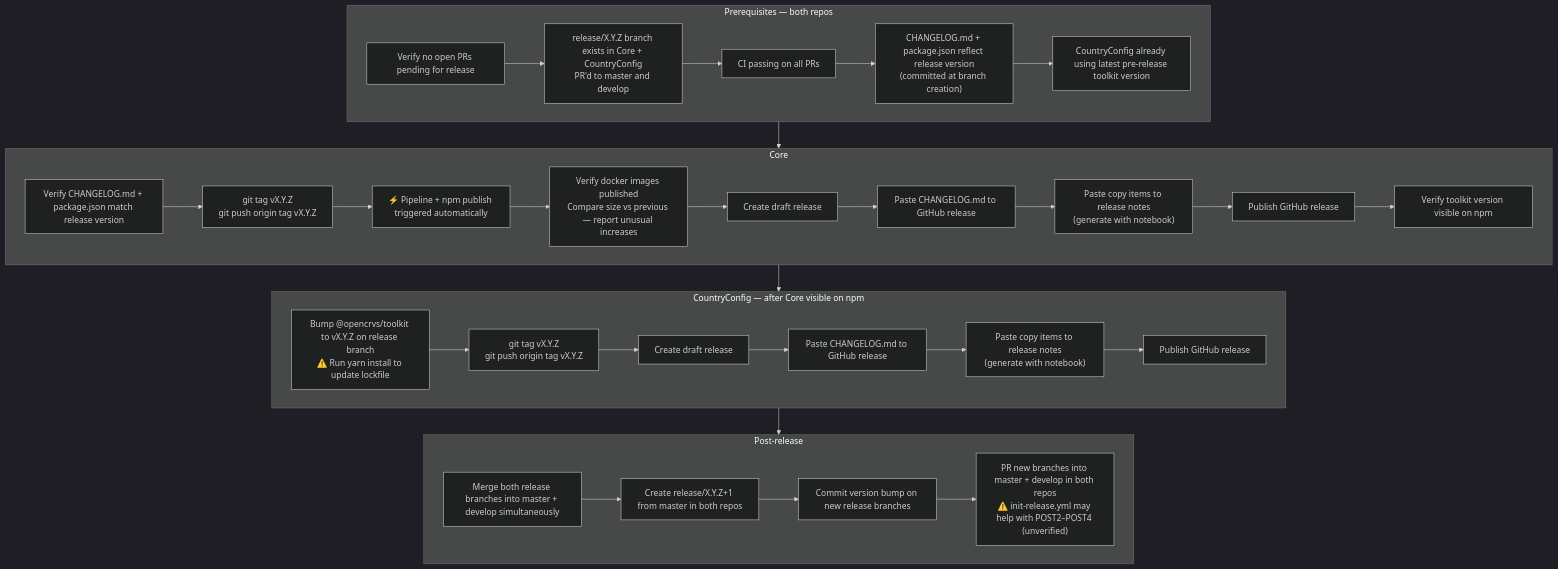
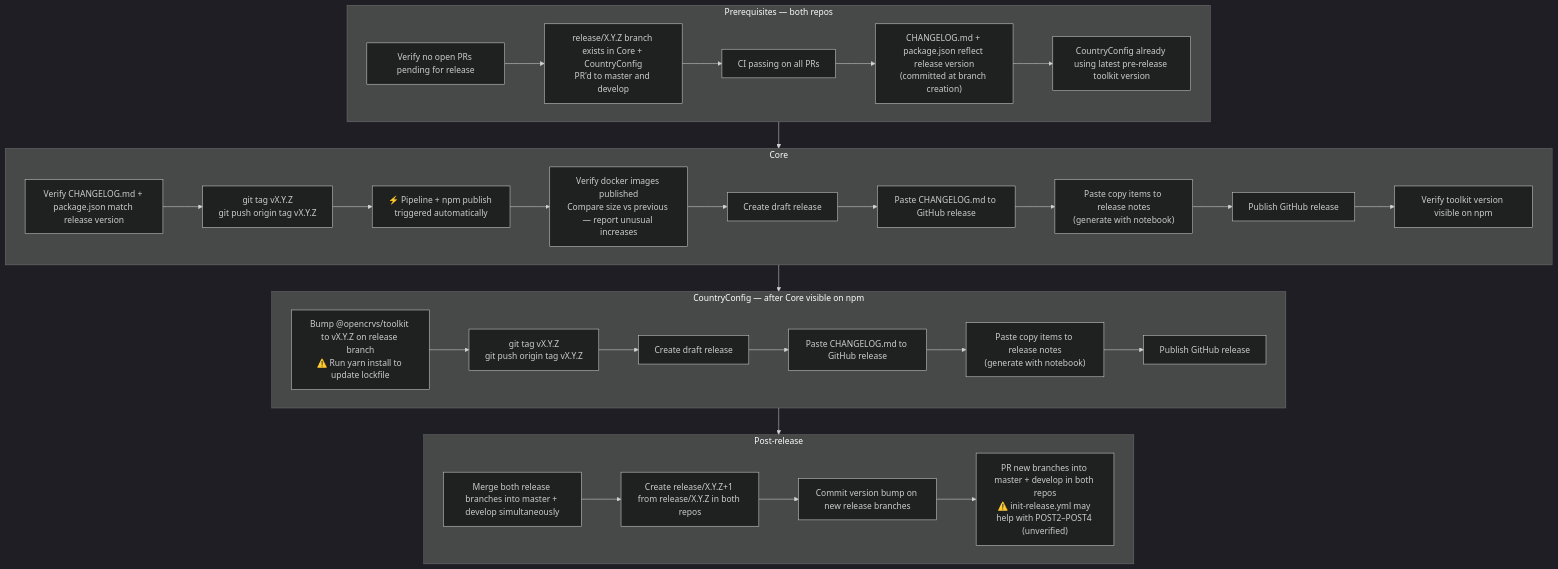
The diagram in release-steps.md (opencrvs/opencrvs-core), drawn with Mermaid (dark theme) before and after one commit.

Commit message:
docs: create new release branch from the previous one

````diff
--- a/release-steps.md
+++ b/release-steps.md
@@ -3,46 +3,46 @@
 ```mermaid
 flowchart TD
     subgraph PRE["Prerequisites — both repos"]
         P1[Verify no open PRs pending for release]
         P2["release/X.Y.Z branch exists in Core + CountryConfig\nPR'd to master and develop"]
         P3[CI passing on all PRs]
         P4["CHANGELOG.md + package.json reflect release version\n(committed at branch creation)"]
         P5[CountryConfig already using latest pre-release toolkit version]
         P1 --> P2 --> P3 --> P4 --> P5
     end
 
     subgraph CORE["Core"]
         C1["Verify CHANGELOG.md + package.json match release version"]
         C2["git tag vX.Y.Z\ngit push origin tag vX.Y.Z"]
         C3["⚡ Pipeline + npm publish triggered automatically"]
         C4["Verify docker images published\nCompare size vs previous — report unusual increases"]
         C5[Create draft release]
         C6[Paste CHANGELOG.md to GitHub release]
         C7["Paste copy items to release notes\n(generate with notebook)"]
         C8[Publish GitHub release]
         C9[Verify toolkit version visible on npm]
         C1 --> C2 --> C3 --> C4 --> C5 --> C6 --> C7 --> C8 --> C9
     end
 
     subgraph CC["CountryConfig — after Core visible on npm"]
         CC1["Bump @opencrvs/toolkit to vX.Y.Z on release branch\n⚠️ Run yarn install to update lockfile"]
         CC2["git tag vX.Y.Z\ngit push origin tag vX.Y.Z"]
         CC3[Create draft release]
         CC4[Paste CHANGELOG.md to GitHub release]
         CC5["Paste copy items to release notes\n(generate with notebook)"]
         CC6[Publish GitHub release]
         CC1 --> CC2 --> CC3 --> CC4 --> CC5 --> CC6
     end
 
     subgraph POST["Post-release"]
         POST1[Merge both release branches into master + develop simultaneously]
-        POST2["Create release/X.Y.Z+1 from master in both repos"]
+        POST2["Create release/X.Y.Z+1 from release/X.Y.Z in both repos"]
         POST3["Commit version bump on new release branches"]
         POST4["PR new branches into master + develop in both repos\n⚠️ init-release.yml may help with POST2–POST4 (unverified)"]
         POST1 --> POST2 --> POST3 --> POST4
     end
 
     PRE --> CORE
     CORE --> CC
     CC --> POST
 ```
````
